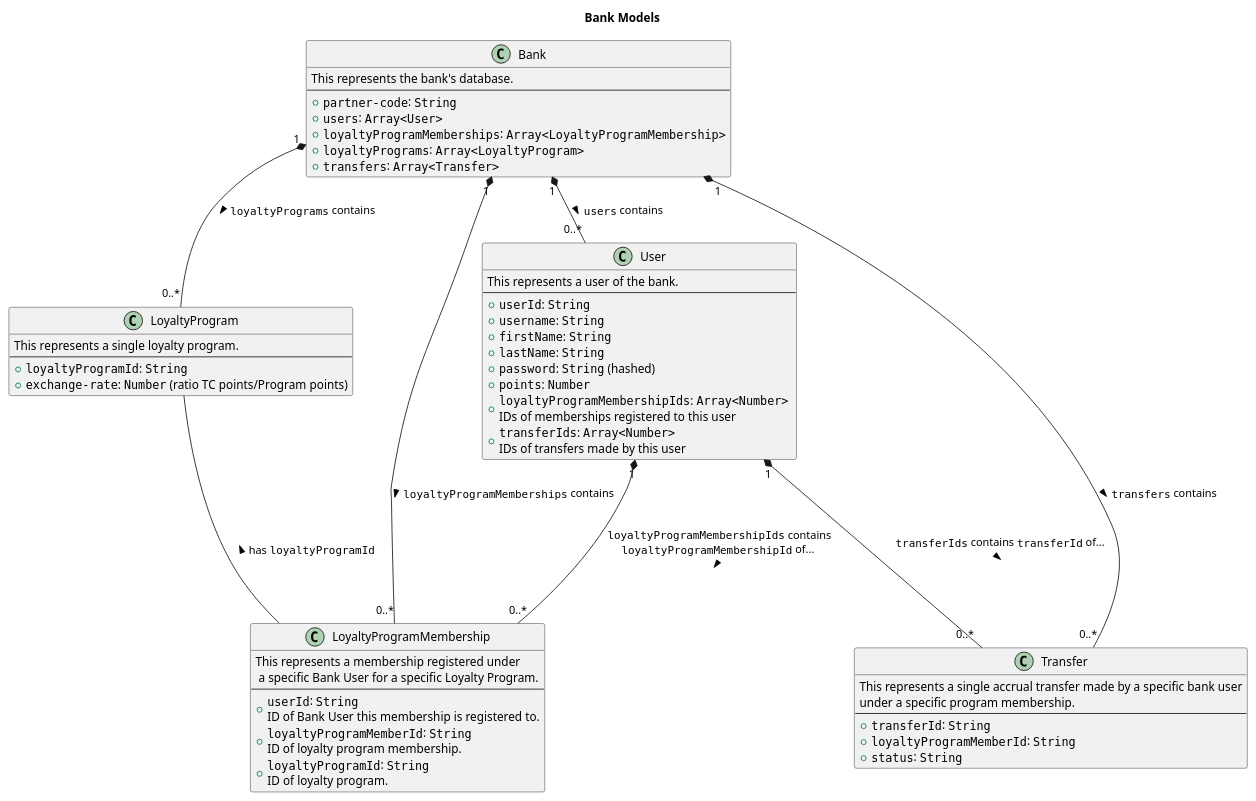
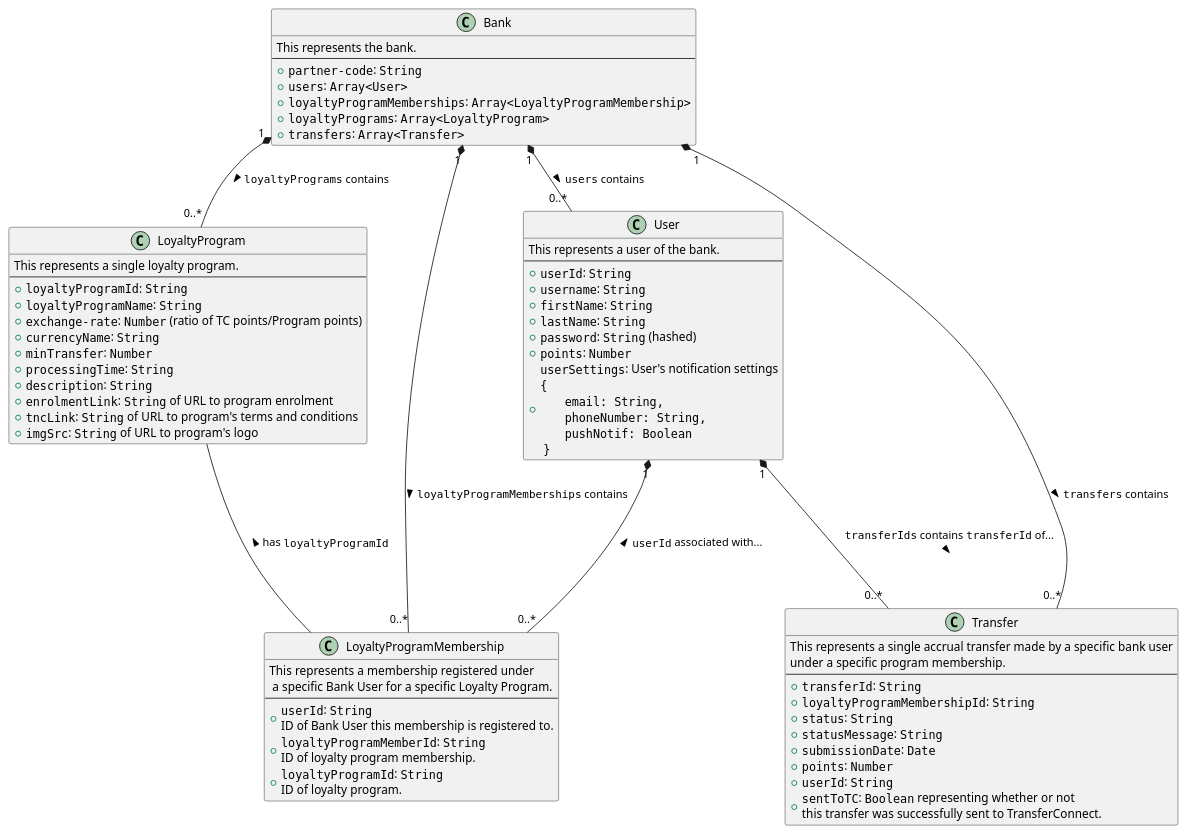
One commit to Rye123/esc-transferconnect changed the diagram in diagrams/bank/bank-class-diagram.puml. Above: the diagram before and after it, drawn with PlantUML. The commit also changed 1 other file, not shown here.

Commit message:
update bank class diagram

```diff
--- a/diagrams/bank/bank-class-diagram.puml
+++ b/diagrams/bank/bank-class-diagram.puml
@@ -1,61 +1,71 @@
 @startuml Bank Class Diagram
 
-title "Bank Models"
-
 class Bank {
-    This represents the bank's database.
+    This represents the bank.
     ---
     + ""partner-code"": ""String""
     + ""users"": ""Array<User>""
     + ""loyaltyProgramMemberships"": ""Array<LoyaltyProgramMembership>""
     + ""loyaltyPrograms"": ""Array<LoyaltyProgram>""
     + ""transfers"": ""Array<Transfer>""
 }
 
 class User {
     This represents a user of the bank.
     ---
     + ""userId"": ""String""
     + ""username"": ""String""
     + ""firstName"": ""String""
     + ""lastName"": ""String""
     + {field} ""password"": ""String"" (hashed)
     + ""points"": ""Number""
-    + {field} ""loyaltyProgramMembershipIds"": ""Array<Number>"" \nIDs of memberships registered to this user
-    + {field} ""transferIds"": ""Array<Number>"" \nIDs of transfers made by this user
+    + {field} ""userSettings"": User's notification settings\n""{"" \n\t""email: String,"" \n\t""phoneNumber: String,"" \n\t""pushNotif: Boolean""\n ""}""
 }
 
 class LoyaltyProgram {
     This represents a single loyalty program.
     ---
     + ""loyaltyProgramId"": ""String""
-    + {field} ""exchange-rate"": ""Number"" (ratio TC points/Program points)
+    + ""loyaltyProgramName"": ""String""
+    + {field} ""exchange-rate"": ""Number"" (ratio of TC points/Program points)
+    + ""currencyName"": ""String""
+    + ""minTransfer"": ""Number""
+    + ""processingTime"": ""String""
+    + ""description"": ""String""
+    + ""enrolmentLink"": ""String"" of URL to program enrolment
+    + ""tncLink"": ""String"" of URL to program's terms and conditions
+    + {field} ""imgSrc"": ""String"" of URL to program's logo
 }
 
 class LoyaltyProgramMembership {
     This represents a membership registered under\n a specific Bank User for a specific Loyalty Program.
     ---
     + ""userId"": ""String""\nID of Bank User this membership is registered to.
     + ""loyaltyProgramMemberId"": ""String""\nID of loyalty program membership.
     + ""loyaltyProgramId"": ""String""\nID of loyalty program.
 }
 
 class Transfer {
     This represents a single accrual transfer made by a specific bank user\nunder a specific program membership.
     ---
     + ""transferId"": ""String""
-    + ""loyaltyProgramMemberId"": ""String""
-    + ""status"": ""String""
+    + ""loyaltyProgramMembershipId"": ""String""
+    + {field} ""status"": ""String""
+    + ""statusMessage"": ""String""
+    + ""submissionDate"": ""Date""
+    + ""points"": ""Number""
+    + ""userId"": ""String""
+    + {field} ""sentToTC"": ""Boolean"" representing whether or not\nthis transfer was successfully sent to TransferConnect.
 }
 
 Bank "1" *-- "0..*" User : ""users"" contains >
 Bank "1" *---- "0..*" LoyaltyProgramMembership : ""loyaltyProgramMemberships"" contains >
 Bank "1" *-- "0..*" Transfer : ""transfers"" contains >
 Bank "1" *-- "0..*" LoyaltyProgram : ""loyaltyPrograms"" contains >
 
-User "1"*---"0..*" LoyaltyProgramMembership : ""loyaltyProgramMembershipIds"" contains\n""loyaltyProgramMembershipId"" of... \n >
+User "1"*---"0..*" LoyaltyProgramMembership : < ""userId"" associated with...
 User "1"*---"0..*" Transfer : ""transferIds"" contains ""transferId"" of...\n >
 
 LoyaltyProgram --- LoyaltyProgramMembership : has ""loyaltyProgramId"" <
 
 @enduml
```
